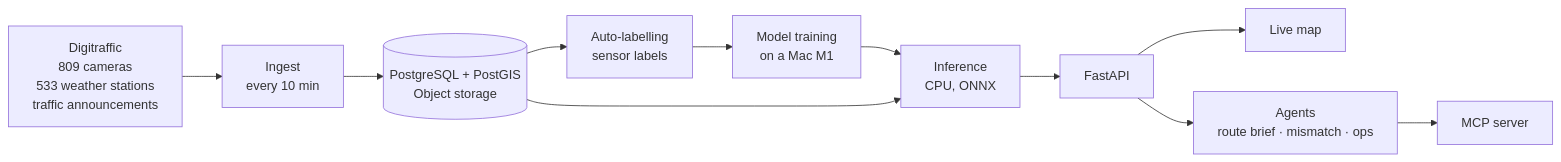
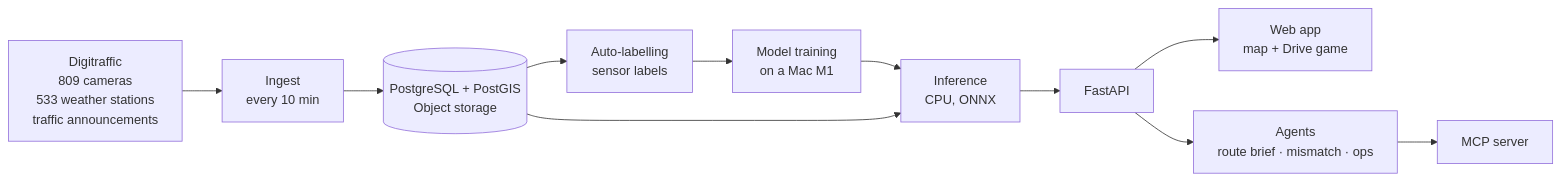
The diagram in README.md (SaurabhDB/keli-live), drawn with Mermaid before and after one commit. The commit also changed other lines of this file and 5 other files, not shown here.

Commit message:
docs: update CLAUDE.md, README, HLD, LLD, technical docs and timeline

````diff
--- a/README.md
+++ b/README.md
@@ -40,13 +47,13 @@
 ```mermaid
 flowchart LR
   A[Digitraffic<br/>809 cameras<br/>533 weather stations<br/>traffic announcements] --> B[Ingest<br/>every 10 min]
   B --> C[(PostgreSQL + PostGIS<br/>Object storage)]
   C --> D[Auto-labelling<br/>sensor labels]
   D --> E[Model training<br/>on a Mac M1]
   E --> F[Inference<br/>CPU, ONNX]
   C --> F
   F --> G[FastAPI]
-  G --> H[Live map]
+  G --> H[Web app<br/>map + Drive game]
   G --> I[Agents<br/>route brief · mismatch · ops]
   I --> J[MCP server]
 ```
````
